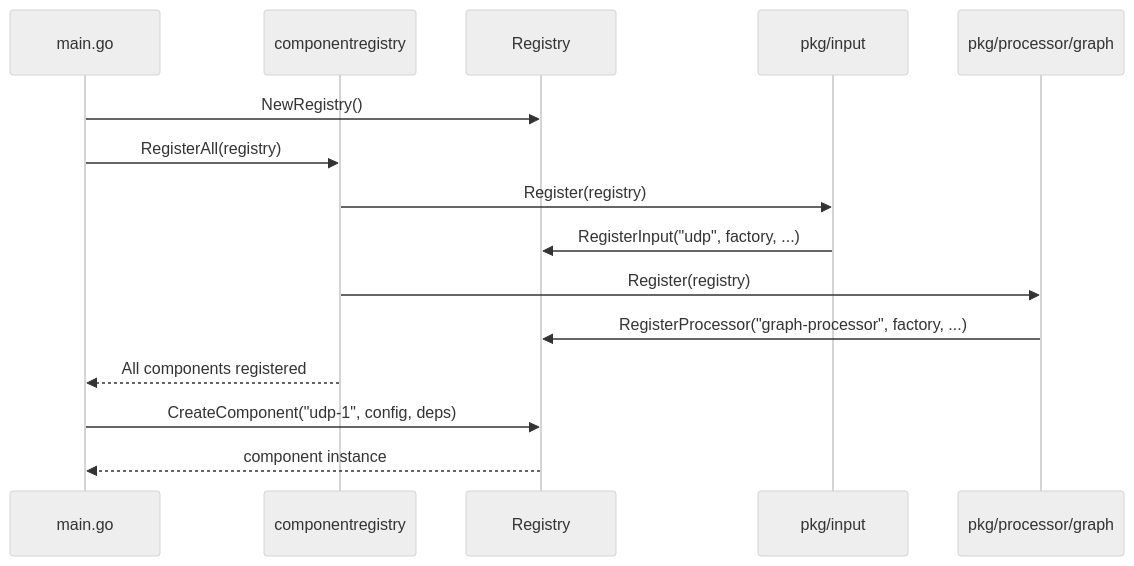
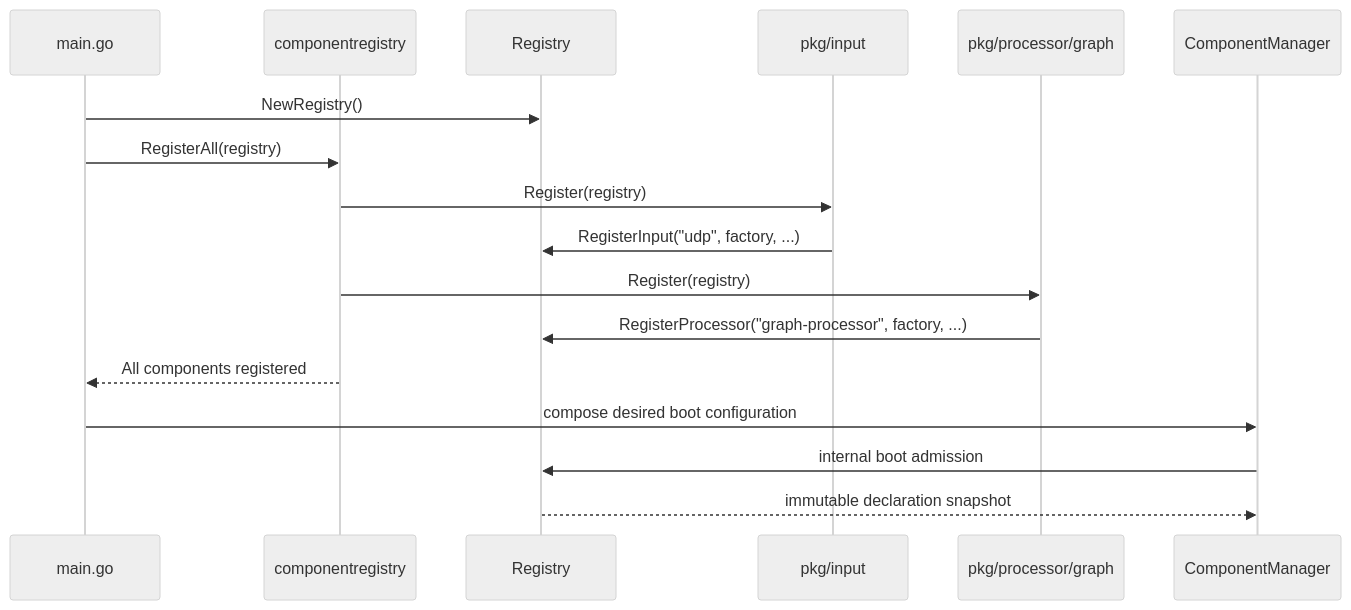
The second of 2 diagrams in component/README.md (C360Studio/semstreams), drawn with Mermaid (neutral theme) before and after one commit. The commit also changed other lines of this file and 87 other files, not shown here.

Commit message:
refactor(runtime): seal component activation at boot

````diff
--- a/component/README.md
+++ b/component/README.md
@@ -64,18 +71,19 @@
 ```mermaid
 sequenceDiagram
     participant Main as main.go
     participant CR as componentregistry
     participant Reg as Registry
     participant UDP as pkg/input
     participant Graph as pkg/processor/graph
 
     Main->>Reg: NewRegistry()
     Main->>CR: RegisterAll(registry)
     CR->>UDP: Register(registry)
     UDP->>Reg: RegisterInput("udp", factory, ...)
     CR->>Graph: Register(registry)
     Graph->>Reg: RegisterProcessor("graph-processor", factory, ...)
     CR-->>Main: All components registered
-    Main->>Reg: CreateComponent("udp-1", config, deps)
-    Reg-->>Main: component instance
+    Main->>ComponentManager: compose desired boot configuration
+    ComponentManager->>Reg: internal boot admission
+    Reg-->>ComponentManager: immutable declaration snapshot
 ```
````
